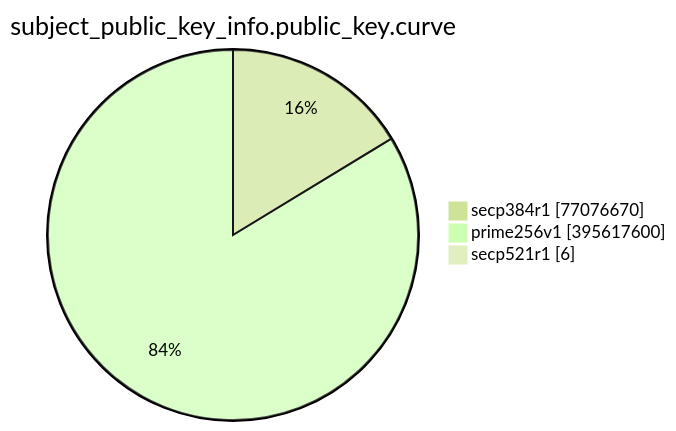
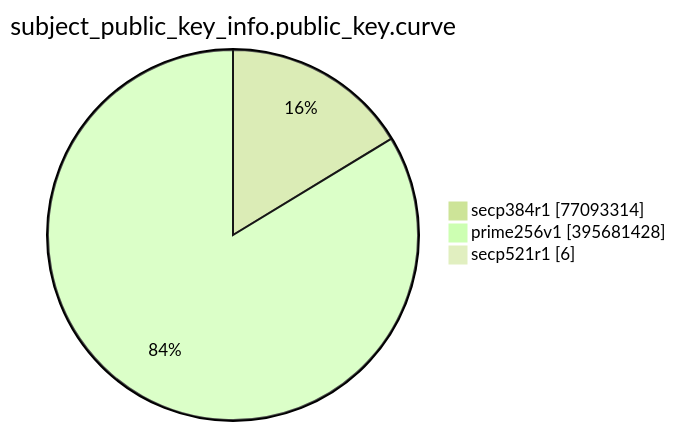
One commit to christiankrug/ctmonitor_visualization changed the eighth of 15 diagrams in TOTAL/README.md. Above: the diagram before and after it, drawn with Mermaid (forest theme). The commit also changed other lines of this file, not shown here.

````diff
--- a/TOTAL/README.md
+++ b/TOTAL/README.md
@@ -3094,7 +3094,7 @@
 ```mermaid
 pie showData
 title subject_public_key_info.public_key.curve
-"secp384r1" :77076670
-"prime256v1" :395617600
+"secp384r1" :77093314
+"prime256v1" :395681428
 "secp521r1" :6
 ```
````
